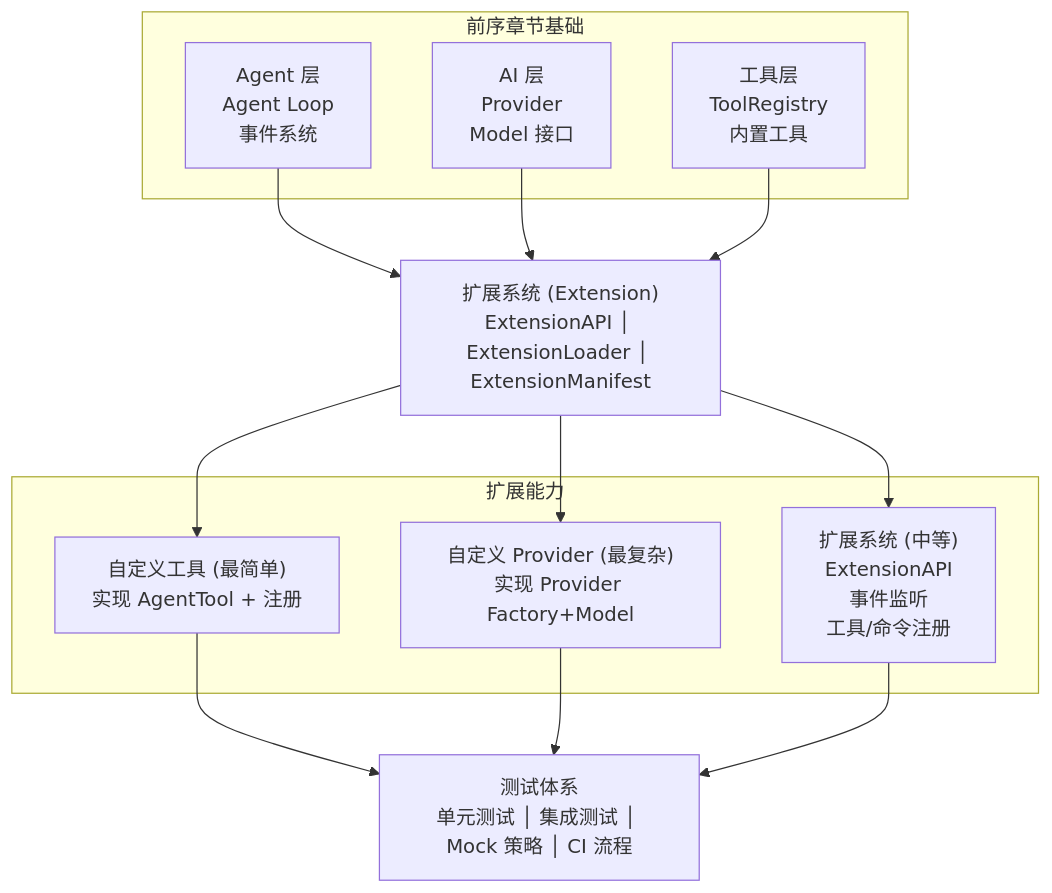
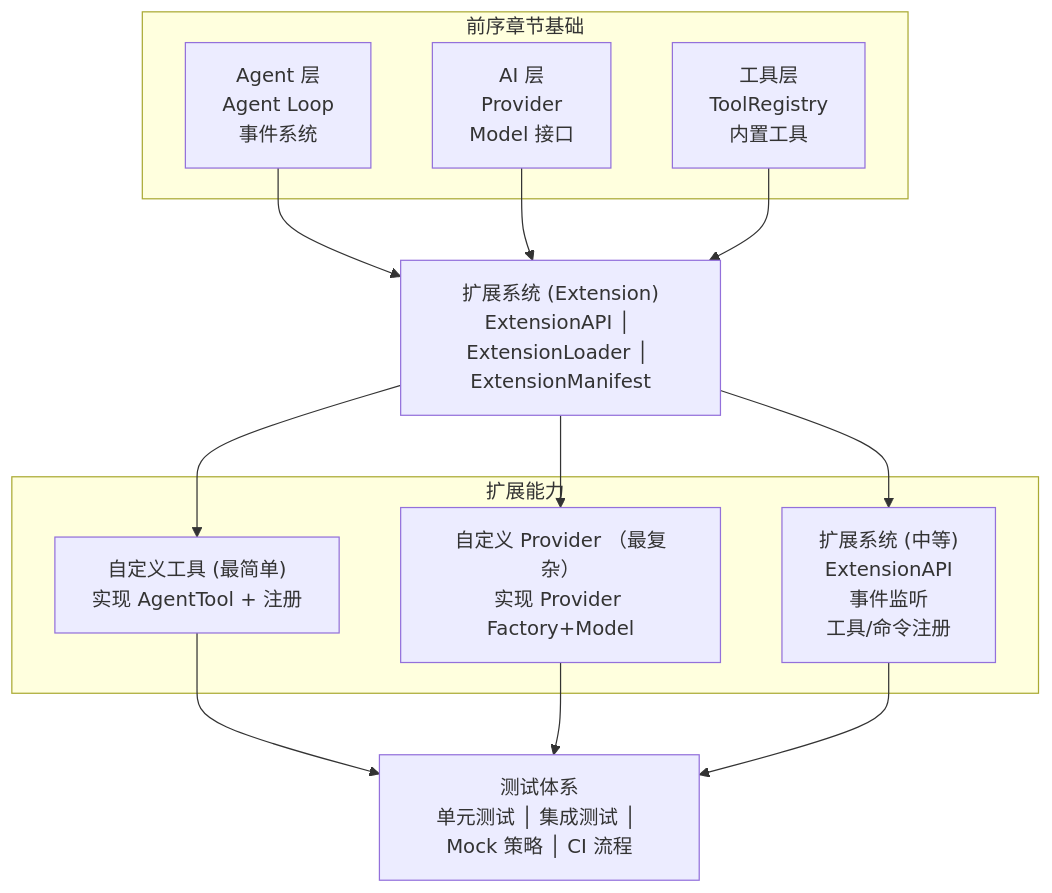
One commit to KNeegcyao/my-easy-pi changed the diagram in docs/10-advanced-topics/README.md. Above: the diagram before and after it, drawn with Mermaid. The commit also changed 25 other files, not shown here.

First line of the commit message:
fix: 修复 Mermaid 图表语法错误

````diff
--- a/docs/10-advanced-topics/README.md
+++ b/docs/10-advanced-topics/README.md
@@ -42,28 +42,28 @@
 ```mermaid
 graph TB
     subgraph 前序章节基础["前序章节基础"]
         Agent层["Agent 层<br/>Agent Loop<br/>事件系统"]
         AI层["AI 层<br/>Provider<br/>Model 接口"]
         工具层["工具层<br/>ToolRegistry<br/>内置工具"]
     end
 
     扩展系统["扩展系统 (Extension)<br/>ExtensionAPI │ ExtensionLoader │ ExtensionManifest"]
 
     subgraph 扩展能力["扩展能力"]
         自定义工具["自定义工具 (最简单)<br/>实现 AgentTool + 注册"]
-        自定义Provider["自定义 Provider (最复杂)<br/>实现 Provider Factory+Model"]
+        自定义Provider["自定义 Provider （最复杂）<br/>实现 Provider Factory+Model"]
         扩展系统2["扩展系统 (中等)<br/>ExtensionAPI<br/>事件监听<br/>工具/命令注册"]
     end
 
     测试体系["测试体系<br/>单元测试 │ 集成测试 │ Mock 策略 │ CI 流程"]
 
     Agent层 --> 扩展系统
     AI层 --> 扩展系统
     工具层 --> 扩展系统
     扩展系统 --> 自定义工具
     扩展系统 --> 自定义Provider
     扩展系统 --> 扩展系统2
     自定义工具 --> 测试体系
     自定义Provider --> 测试体系
     扩展系统2 --> 测试体系
 ```
````
